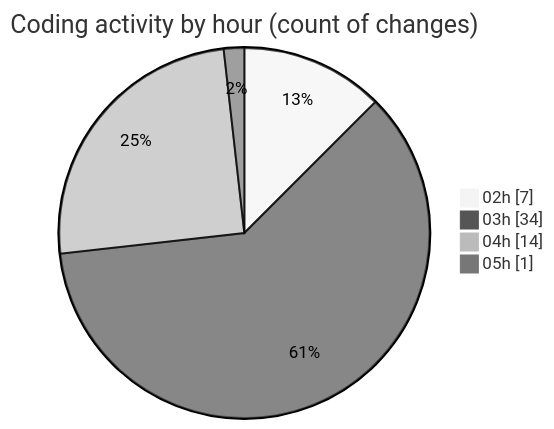
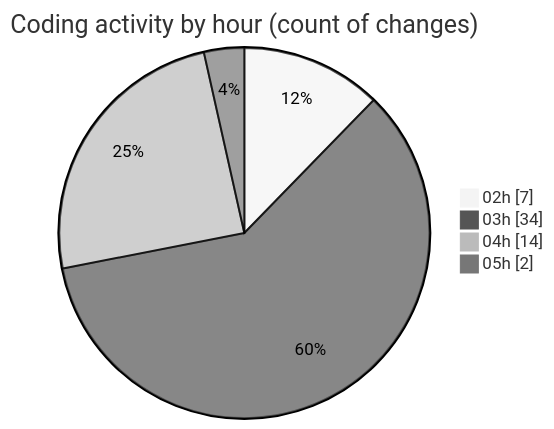
The second of 2 diagrams in 2025-05-29/kimberly-groups/README.md (JenPaints/code-tracking), drawn with Mermaid (neutral theme) before and after one commit. The commit also changed other lines of this file and 1 other file, not shown here.

````diff
--- a/2025-05-29/kimberly-groups/README.md
+++ b/2025-05-29/kimberly-groups/README.md
@@ -36,8 +36,8 @@
 ```mermaid
 pie showData
 title Coding activity by hour (count of changes)
 "02h" : 7
 "03h" : 34
 "04h" : 14
-"05h" : 1
+"05h" : 2
 ```
````
